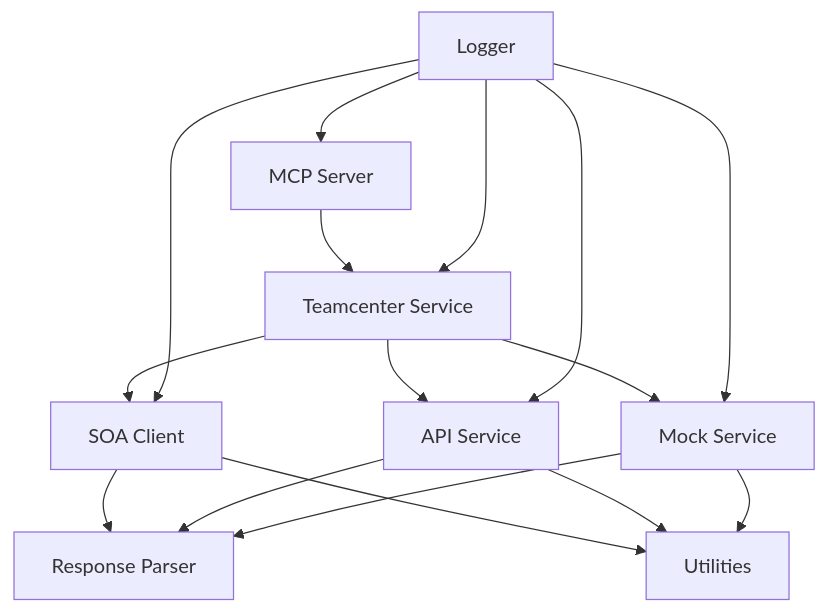
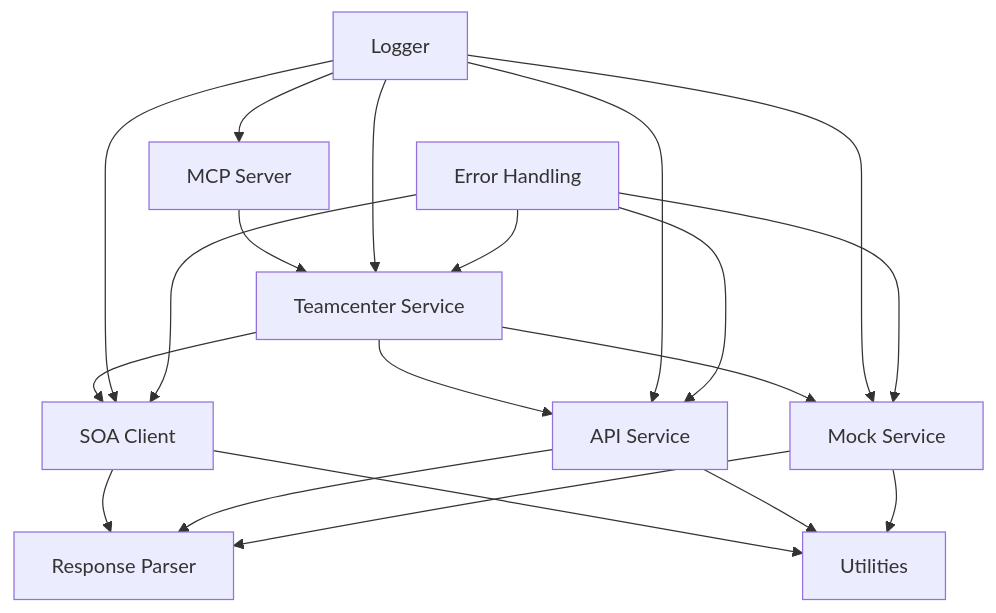
Before and after one commit to srgio-es/teamcenter-mcp-server: the diagram in memory-bank/systemPatterns.md, drawn with Mermaid. The commit also changed other lines of this file and 3 other files, not shown here.

````diff
--- a/memory-bank/systemPatterns.md
+++ b/memory-bank/systemPatterns.md
@@ -107,18 +149,22 @@
 ```mermaid
 graph TD
     A[MCP Server] --> B[Teamcenter Service]
     B --> C[SOA Client]
     B --> D[API Service]
     B --> E[Mock Service]
     C --> F[Response Parser]
     D --> F
     E --> F
     C --> G[Utilities]
     D --> G
     E --> G
     H[Logger] --> A
     H --> B
     H --> C
     H --> D
     H --> E
+    I[Error Handling] --> B
+    I --> C
+    I --> D
+    I --> E
 ```
````
